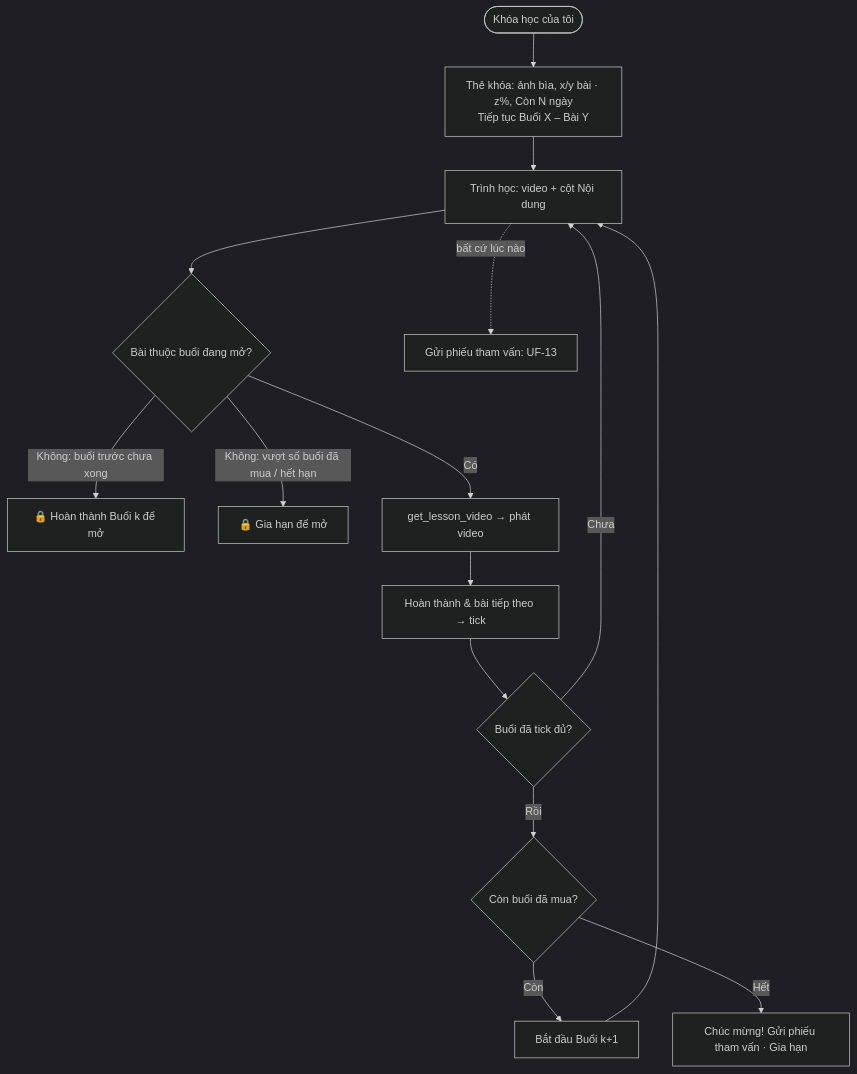
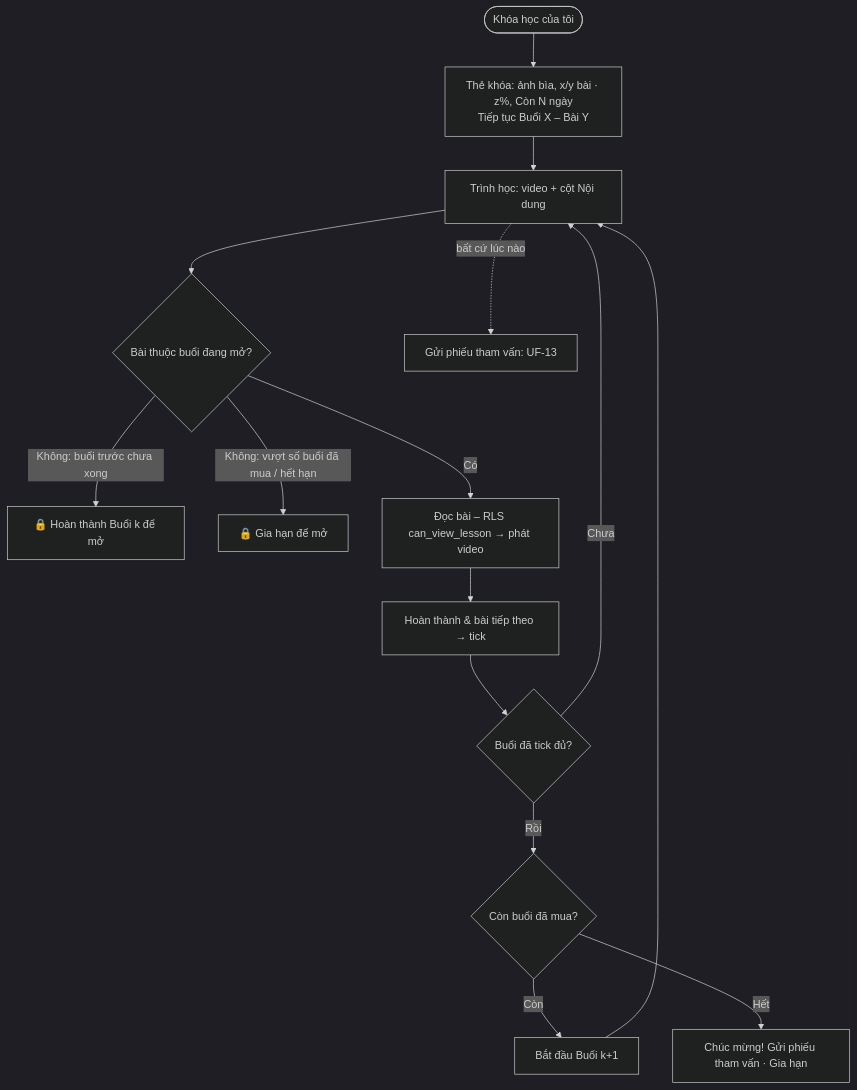
One commit to dgquan1001/course-platform changed diagram 11 of 13 in web design structure/02-user-stories/user-flows.md. Above: the diagram before and after it, drawn with Mermaid (dark theme). The commit also changed 9 other files, not shown here.

````diff
--- a/web design structure/02-user-stories/user-flows.md
+++ b/web design structure/02-user-stories/user-flows.md
@@ -208,16 +208,16 @@
 ```mermaid
 flowchart TD
   A([Khóa học của tôi]) --> B[Thẻ khóa: ảnh bìa, x/y bài · z%, Còn N ngày<br/>Tiếp tục Buổi X – Bài Y]
   B --> C[Trình học: video + cột Nội dung]
   C --> D{Bài thuộc buổi đang mở?}
   D -- Không: buổi trước chưa xong --> D1[🔒 Hoàn thành Buổi k để mở]
   D -- Không: vượt số buổi đã mua / hết hạn --> D2[🔒 Gia hạn để mở]
-  D -- Có --> E[get_lesson_video → phát video]
+  D -- Có --> E[Đọc bài – RLS can_view_lesson → phát video]
   E --> F[Hoàn thành & bài tiếp theo → tick]
   F --> G{Buổi đã tick đủ?}
   G -- Chưa --> C
   G -- Rồi --> H{Còn buổi đã mua?}
   H -- Còn --> I[Bắt đầu Buổi k+1] --> C
   H -- Hết --> J[Chúc mừng! Gửi phiếu tham vấn · Gia hạn]
   C -. bất cứ lúc nào .-> K[Gửi phiếu tham vấn: UF-13]
 ```
````
